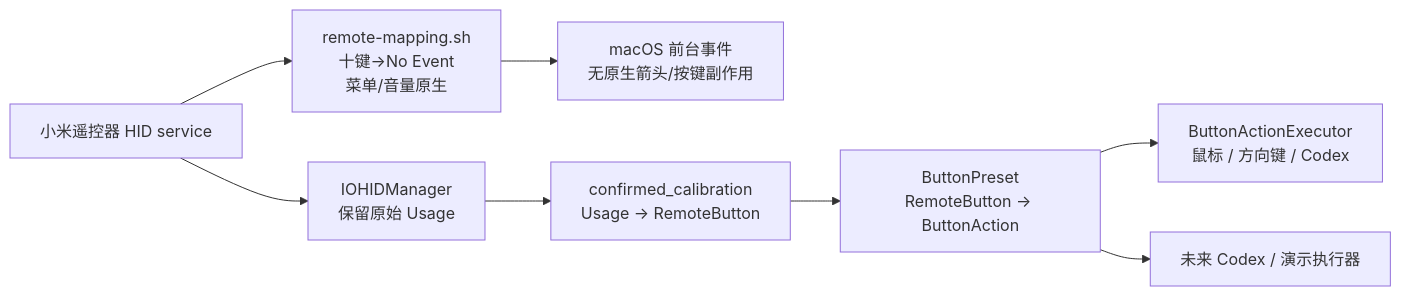
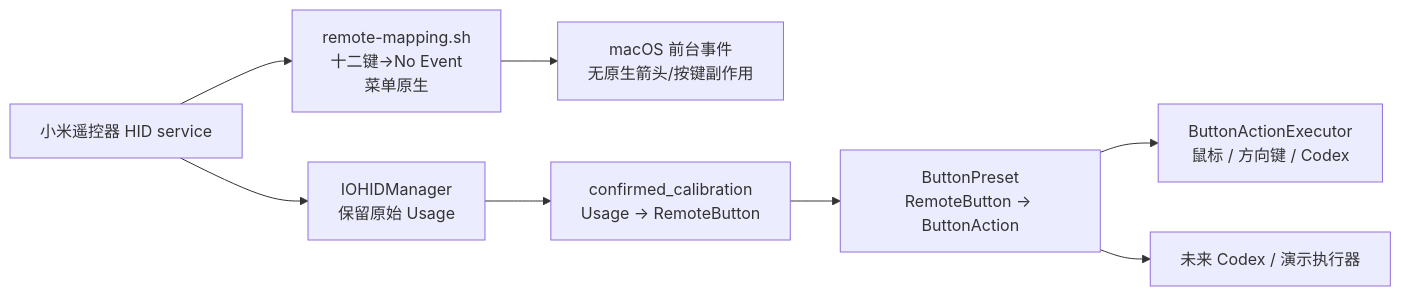
One commit to fanxeon/mi-ao changed the diagram in docs/ARCHITECTURE.md. Above: the diagram before and after it, drawn with Mermaid. The commit also changed other lines of this file and 22 other files, not shown here.

````diff
--- a/docs/ARCHITECTURE.md
+++ b/docs/ARCHITECTURE.md
@@ -19,10 +19,10 @@
 ```mermaid
 flowchart LR
     REMOTE["小米遥控器 HID service"] --> HID["IOHIDManager<br/>保留原始 Usage"]
-    REMOTE --> NEUTRAL["remote-mapping.sh<br/>十键→No Event<br/>菜单/音量原生"]
+    REMOTE --> NEUTRAL["remote-mapping.sh<br/>十二键→No Event<br/>菜单原生"]
     NEUTRAL --> MACOS["macOS 前台事件<br/>无原生箭头/按键副作用"]
     HID --> CAL["confirmed_calibration<br/>Usage → RemoteButton"]
     CAL --> PRESET["ButtonPreset<br/>RemoteButton → ButtonAction"]
     PRESET --> EXECUTOR["ButtonActionExecutor<br/>鼠标 / 方向键 / Codex"]
     PRESET --> FUTURE["未来 Codex / 演示执行器"]
 ```
````
